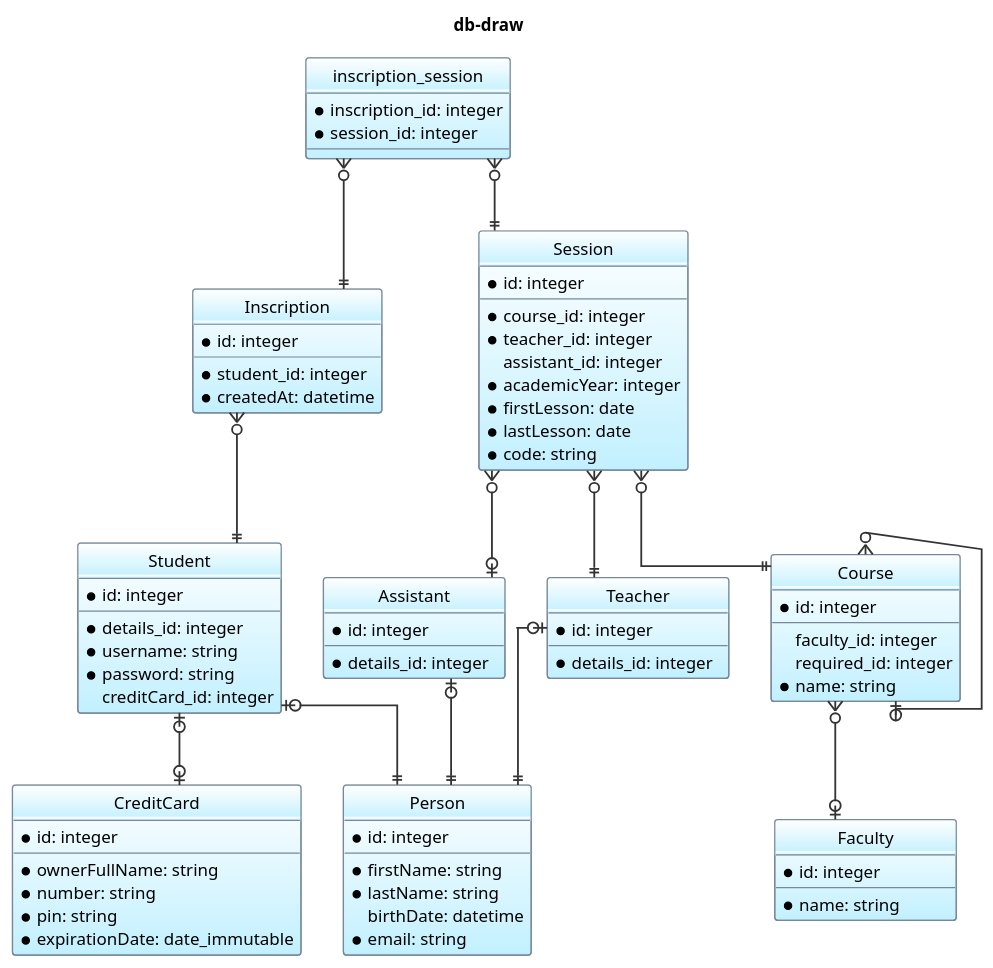
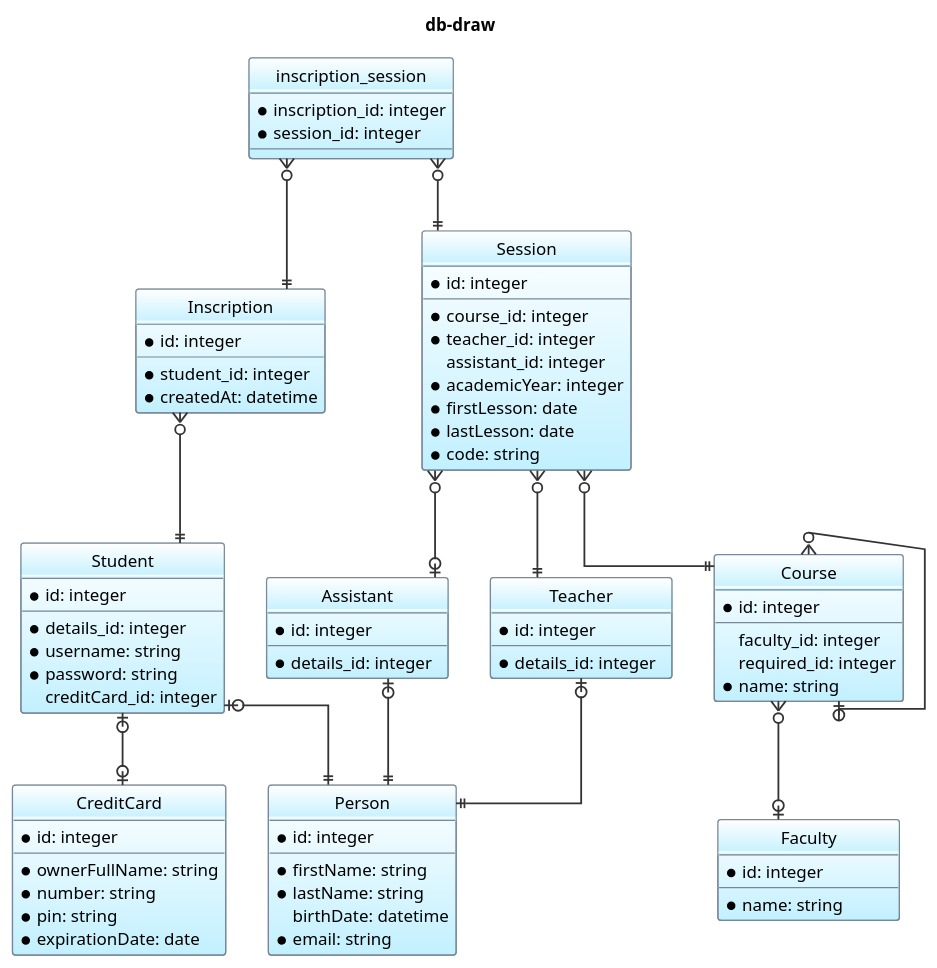
The diagram in resources/output/midi.puml (jawira/db-draw), drawn with PlantUML before and after one commit. The commit also changed 3 other files, not shown here.

```diff
--- a/resources/output/midi.puml
+++ b/resources/output/midi.puml
@@ -1,96 +1,96 @@
 @startuml
 hide empty members
 hide circle
 skinparam ArrowColor #333
 skinparam ArrowThickness 1.5
 skinparam ClassBackgroundColor White-APPLICATION
 skinparam ClassBorderColor LightSlateGray
 skinparam ClassBorderThickness 1
 skinparam MinClassWidth 150
 skinparam LineType Ortho
 skinparam Shadowing false
 skinparam PackageBackgroundColor #eee
 skinparam PackageBorderColor #eee
 skinparam PackageFontStyle normal
 title db-draw
 entity Assistant {
 * id: integer
 --
 * details_id: integer
 }
 entity Course {
 * id: integer
 --
  faculty_id: integer
  required_id: integer
 * name: string
 }
 entity CreditCard {
 * id: integer
 --
 * ownerFullName: string
 * number: string
 * pin: string
-* expirationDate: date_immutable
+* expirationDate: date
 }
 entity Faculty {
 * id: integer
 --
 * name: string
 }
 entity Inscription {
 * id: integer
 --
 * student_id: integer
 * createdAt: datetime
 }
 entity Person {
 * id: integer
 --
 * firstName: string
 * lastName: string
  birthDate: datetime
 * email: string
 }
 entity Session {
 * id: integer
 --
 * course_id: integer
 * teacher_id: integer
  assistant_id: integer
 * academicYear: integer
 * firstLesson: date
 * lastLesson: date
 * code: string
 }
 entity Student {
 * id: integer
 --
 * details_id: integer
 * username: string
 * password: string
  creditCard_id: integer
 }
 entity Teacher {
 * id: integer
 --
 * details_id: integer
 }
 entity inscription_session {
 * inscription_id: integer
 * session_id: integer
 --
 }
 Assistant |o--|| Person
 Course }o--o| Faculty
 Course }o--o| Course
 Inscription }o--|| Student
 Session }o--|| Teacher
 Session }o--|| Course
 Session }o--o| Assistant
 Student |o--o| CreditCard
 Student |o--|| Person
 Teacher |o--|| Person
 inscription_session }o--|| Inscription
 inscription_session }o--|| Session
 @enduml
```
